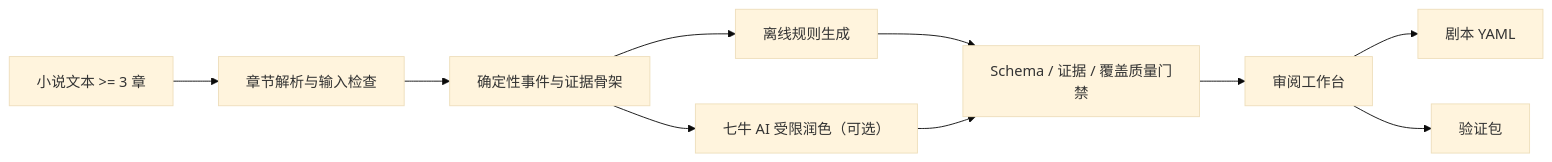
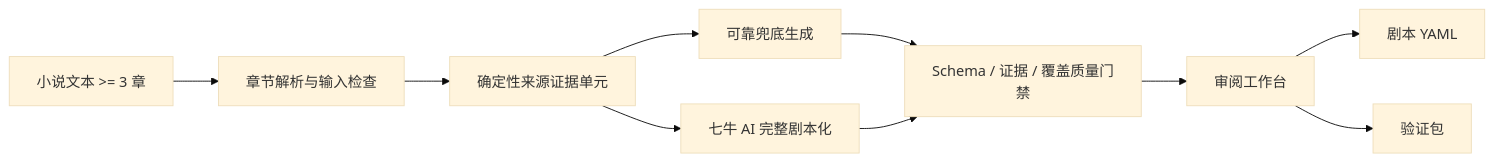
One commit to YingJinyan/ai-novel-to-script changed the diagram in README.md. Above: the diagram before and after it, drawn with Mermaid (base theme). The commit also changed other lines of this file and 10 other files, not shown here.

````diff
--- a/README.md
+++ b/README.md
@@ -135,12 +135,12 @@
 ```mermaid
 flowchart LR
     A["小说文本 >= 3 章"] --> B["章节解析与输入检查"]
-    B --> C["确定性事件与证据骨架"]
-    C --> D["离线规则生成"]
-    C --> E["七牛 AI 受限润色（可选）"]
+    B --> C["确定性来源证据单元"]
+    C --> D["可靠兜底生成"]
+    C --> E["七牛 AI 完整剧本化"]
     D --> F["Schema / 证据 / 覆盖质量门禁"]
     E --> F
     F --> G["审阅工作台"]
     G --> H["剧本 YAML"]
     G --> I["验证包"]
 ```
````
